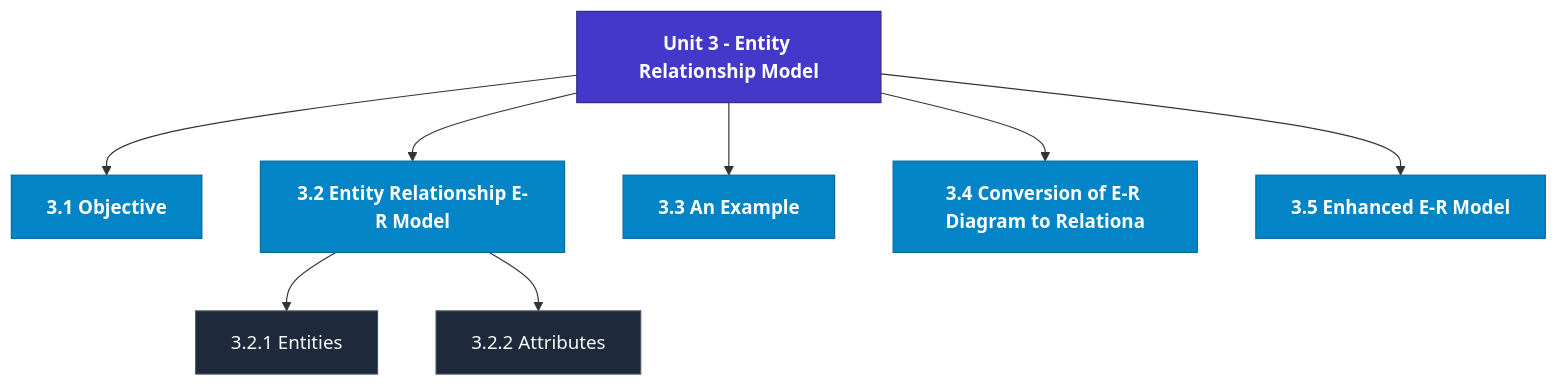
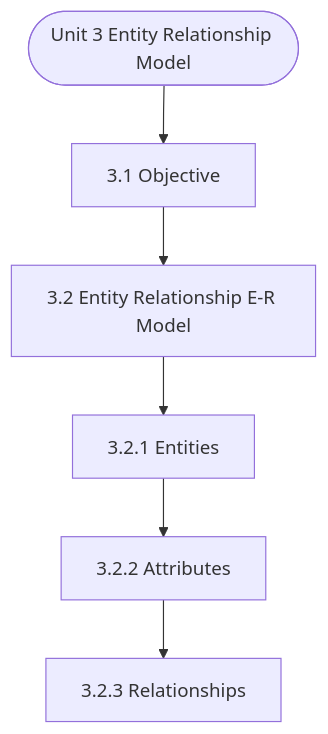
One commit to Asutosh-Coaching/mscdsa changed the diagram in notes/Semester_1/MCS-207_Database_Management_Systems/unit_03_Entity_Relationship_Model.md. Above: the diagram before and after it, drawn with Mermaid. The commit also changed other lines of this file and 115 other files, not shown here.

Commit message:
Fix Mermaid layout for mobile, isolate LaTeX delimiters, and add GitHub Pages reader

````diff
--- a/notes/Semester_1/MCS-207_Database_Management_Systems/unit_03_Entity_Relationship_Model.md
+++ b/notes/Semester_1/MCS-207_Database_Management_Systems/unit_03_Entity_Relationship_Model.md
@@ -19,23 +19,14 @@
 ```mermaid
 flowchart TD
-  %% Styling Definitions
-  classDef head fill:#4338ca,stroke:#312e81,color:#ffffff,font-weight:bold;
-  classDef topic fill:#0284c7,stroke:#0369a1,color:#ffffff,font-weight:600;
-  classDef sub fill:#1e293b,stroke:#475569,color:#f8fafc;
-
-  Root["Unit 3 - Entity Relationship Model"]:::head
-  M1["3.1 Objective"]:::topic
-  Root --> M1
-  M2["3.2 Entity Relationship E-R Model"]:::topic
-  Root --> M2
-  M2_1["3.2.1 Entities"]:::sub
-  M2 --> M2_1
-  M2_2["3.2.2 Attributes"]:::sub
-  M2 --> M2_2
-  M3["3.3 An Example"]:::topic
-  Root --> M3
-  M4["3.4 Conversion of E-R Diagram to Relationa"]:::topic
-  Root --> M4
-  M5["3.5 Enhanced E-R Model"]:::topic
-  Root --> M5
+  Start(["Unit 3 Entity Relationship Model"])
+  N1["3.1 Objective"]
+  N2["3.2 Entity Relationship E-R Model"]
+  N3["3.2.1 Entities"]
+  N4["3.2.2 Attributes"]
+  N5["3.2.3 Relationships"]
+  Start --> N1
+  N1 --> N2
+  N2 --> N3
+  N3 --> N4
+  N4 --> N5
 ```
````
